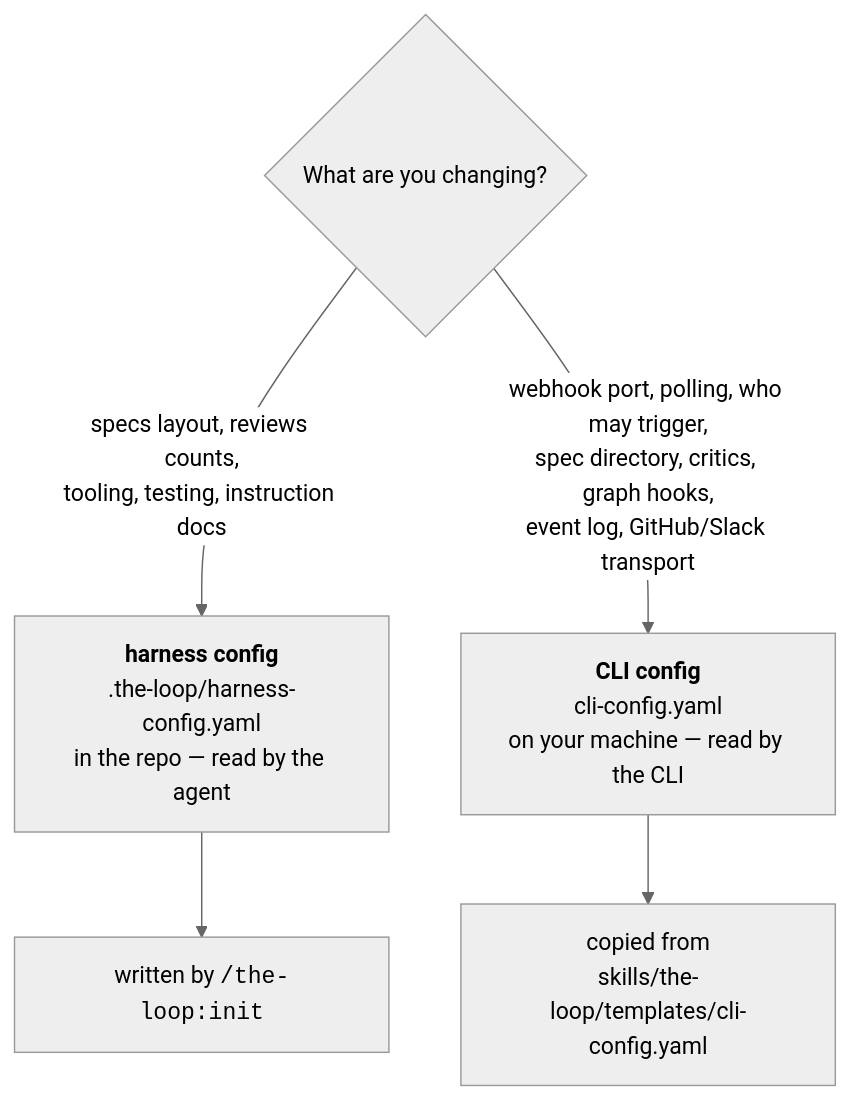
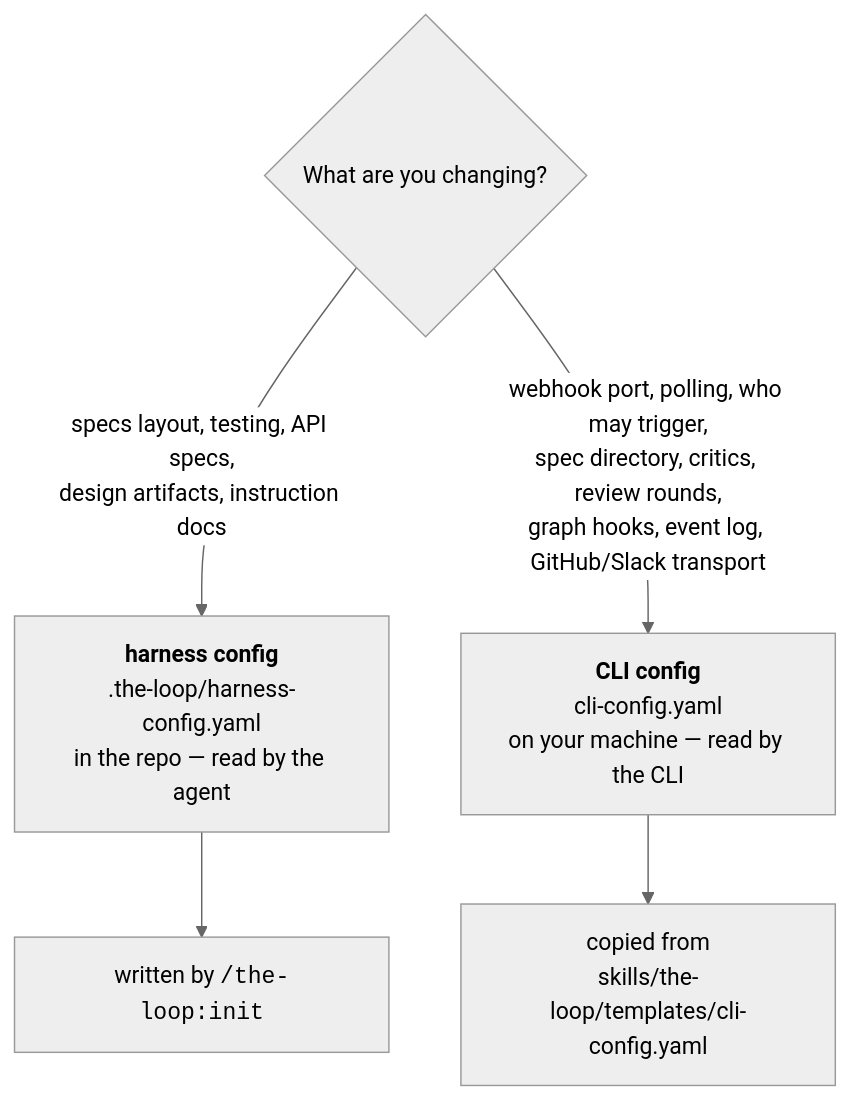
Before and after one commit to MadaraUchiha-314/the-loop: the diagram in docs/config/index.md, drawn with Mermaid (neutral theme). The commit also changed other lines of this file and 44 other files, not shown here.

````diff
--- a/docs/config/index.md
+++ b/docs/config/index.md
@@ -34,8 +35,8 @@
 ```mermaid
 graph TD
   Q{"What are you changing?"}
-  Q -->|"specs layout, reviews counts,<br/>tooling, testing, instruction docs"| H["<b>harness config</b><br/>.the-loop/harness-config.yaml<br/>in the repo — read by the agent"]
-  Q -->|"webhook port, polling, who may trigger,<br/>spec directory, critics, graph hooks,<br/>event log, GitHub/Slack transport"| C["<b>CLI config</b><br/>cli-config.yaml<br/>on your machine — read by the CLI"]
+  Q -->|"specs layout, testing, API specs,<br/>design artifacts, instruction docs"| H["<b>harness config</b><br/>.the-loop/harness-config.yaml<br/>in the repo — read by the agent"]
+  Q -->|"webhook port, polling, who may trigger,<br/>spec directory, critics, review rounds,<br/>graph hooks, event log, GitHub/Slack transport"| C["<b>CLI config</b><br/>cli-config.yaml<br/>on your machine — read by the CLI"]
   H --> H2["written by <code>/the-loop:init</code>"]
   C --> C2["copied from<br/>skills/the-loop/templates/cli-config.yaml"]
 ```
````
